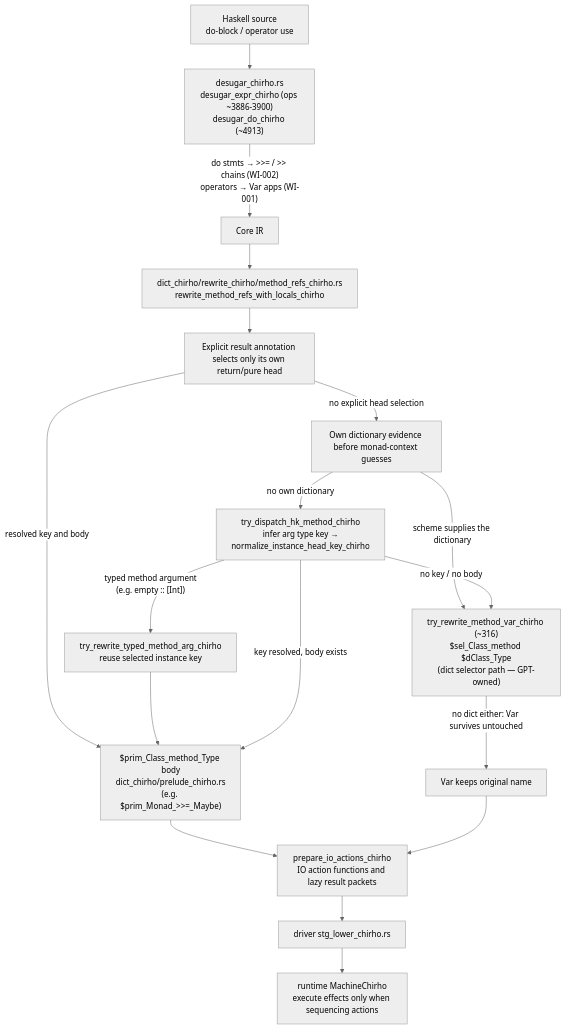
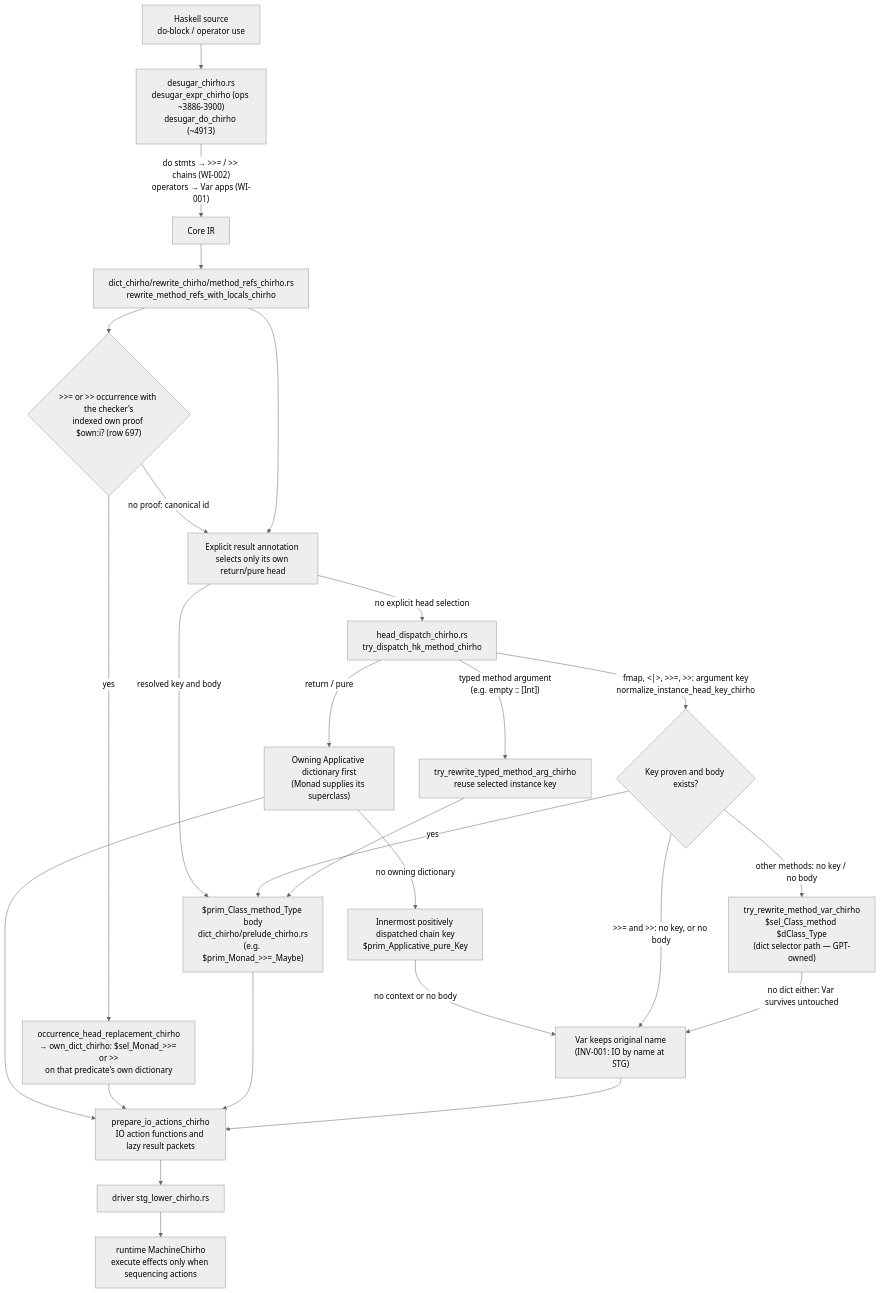
The diagram in spec-chirho/workflows-chirho/monadic-dispatch-chirho.md (loveJesus/haskelujah-chirho), drawn with Mermaid (neutral theme) before and after one commit. The commit also changed other lines of this file and 25 other files, not shown here.

````diff
--- a/spec-chirho/workflows-chirho/monadic-dispatch-chirho.md
+++ b/spec-chirho/workflows-chirho/monadic-dispatch-chirho.md
@@ -8,20 +8,28 @@
 ```mermaid
 flowchart TD
     SRC["Haskell source\ndo-block / operator use"] --> DESUGAR["desugar_chirho.rs\ndesugar_expr_chirho (ops ~3886-3900)\ndesugar_do_chirho (~4913)"]
     DESUGAR -->|"do stmts → >>= / >> chains (WI-002)\noperators → Var apps (WI-001)"| CORE["Core IR"]
     CORE --> DICTPASS["dict_chirho/rewrite_chirho/method_refs_chirho.rs\nrewrite_method_refs_with_locals_chirho"]
+    DICTPASS --> OCC{">>= or >> occurrence with the checker's\nindexed own proof $own:i? (row 697)"}
+    OCC -->|"yes"| OWNBIND["occurrence_head_replacement_chirho\n→ own_dict_chirho: $sel_Monad_>>= or >>\non that predicate's own dictionary"]
+    OCC -->|"no proof: canonical id"| ANNOTATED
     DICTPASS --> ANNOTATED["Explicit result annotation selects only its own return/pure head"]
     ANNOTATED -->|"resolved key and body"| PRIM
-    ANNOTATED -->|"no explicit head selection"| OWN["Own dictionary evidence before monad-context guesses"]
-    OWN -->|"scheme supplies the dictionary"| SEL
-    OWN -->|"no own dictionary"| HK["try_dispatch_hk_method_chirho\ninfer arg type key →\nnormalize_instance_head_key_chirho"]
+    ANNOTATED -->|"no explicit head selection"| HK["head_dispatch_chirho.rs\ntry_dispatch_hk_method_chirho"]
+    HK -->|"return / pure"| OWNPURE["Owning Applicative dictionary first\n(Monad supplies its superclass)"]
+    OWNPURE -->|"no owning dictionary"| CONTEXT["Innermost positively dispatched chain key\n$prim_Applicative_pure_Key"]
+    CONTEXT -->|"no context or no body"| FALLBACK
+    HK -->|"fmap, <|>, >>=, >>: argument key\nnormalize_instance_head_key_chirho"| KEY{"Key proven and body exists?"}
+    KEY -->|"yes"| PRIM["$prim_Class_method_Type body\ndict_chirho/prelude_chirho.rs\n(e.g. $prim_Monad_>>=_Maybe)"]
+    KEY -->|">>= and >>: no key, or no body"| FALLBACK
     HK -->|"typed method argument\n(e.g. empty :: [Int])"| TYPEDARG["try_rewrite_typed_method_arg_chirho\nreuse selected instance key"]
     TYPEDARG --> PRIM
-    HK -->|"key resolved, body exists"| PRIM["$prim_Class_method_Type body\ndict_chirho/prelude_chirho.rs\n(e.g. $prim_Monad_>>=_Maybe)"]
-    HK -->|"no key / no body"| SEL["try_rewrite_method_var_chirho (~316)\n$sel_Class_method $dClass_Type\n(dict selector path — GPT-owned)"]
-    SEL -->|"no dict either: Var survives untouched"| FALLBACK["Var keeps original name"]
+    KEY -->|"other methods: no key / no body"| SEL["try_rewrite_method_var_chirho\n$sel_Class_method $dClass_Type\n(dict selector path — GPT-owned)"]
+    SEL -->|"no dict either: Var survives untouched"| FALLBACK["Var keeps original name\n(INV-001: IO by name at STG)"]
+    OWNPURE --> ACTIONS
+    OWNBIND --> ACTIONS
     PRIM --> ACTIONS["prepare_io_actions_chirho\nIO action functions and lazy result packets"]
     FALLBACK --> ACTIONS
     ACTIONS --> STG["driver stg_lower_chirho.rs"]
     STG --> MACHINE["runtime MachineChirho\nexecute effects only when sequencing actions"]
 ```
````
